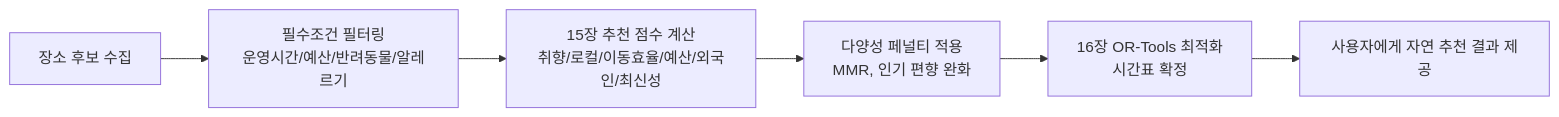
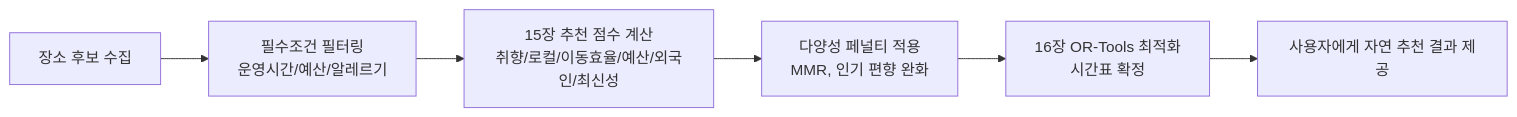
The fifth of 6 diagrams in LOCAL_ROUTE_기획서_v2.md (yeaseunglee96-rgb/LOCAL_ROUTE_DEMO), drawn with Mermaid before and after one commit. The commit also changed other lines of this file and 69 other files, not shown here.

````diff
--- a/LOCAL_ROUTE_기획서_v2.md
+++ b/LOCAL_ROUTE_기획서_v2.md
@@ -1848,8 +1814,8 @@
 ```mermaid
 flowchart LR
-    A[장소 후보 수집] --> B[필수조건 필터링\n운영시간/예산/반려동물/알레르기]
+    A[장소 후보 수집] --> B[필수조건 필터링\n운영시간/예산/알레르기]
     B --> C[15장 추천 점수 계산\n취향/로컬/이동효율/예산/외국인/최신성]
     C --> D[다양성 페널티 적용\nMMR, 인기 편향 완화]
     D --> E[16장 OR-Tools 최적화\n시간표 확정]
     E --> F[사용자에게 자연 추천 결과 제공]
 ```
````
